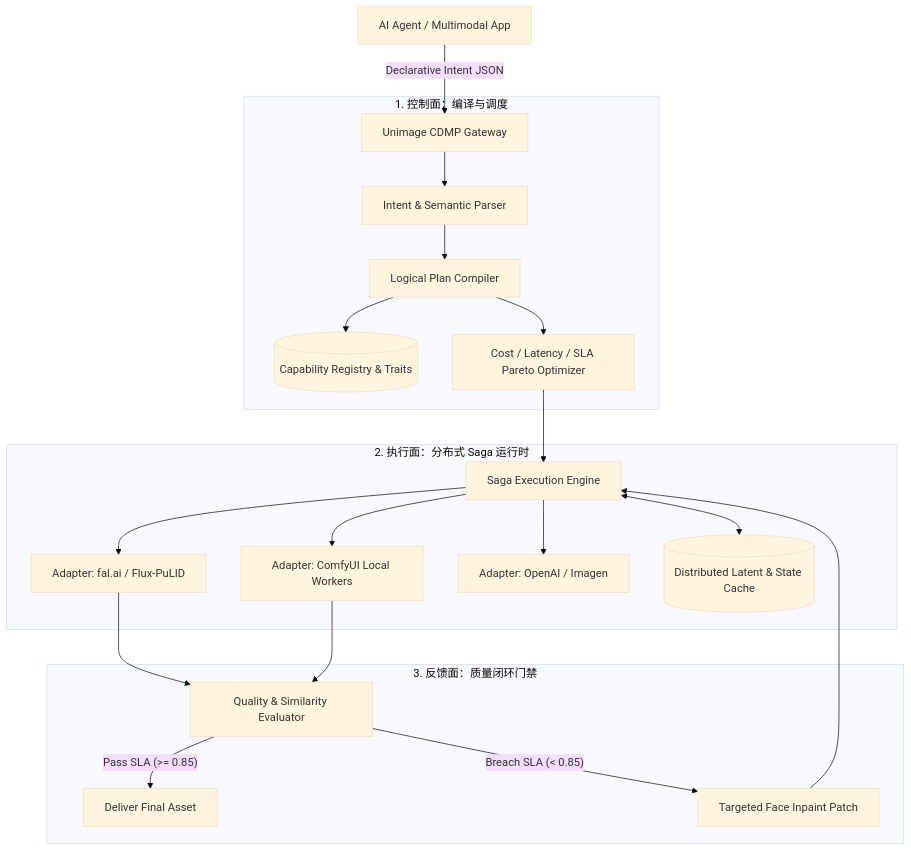
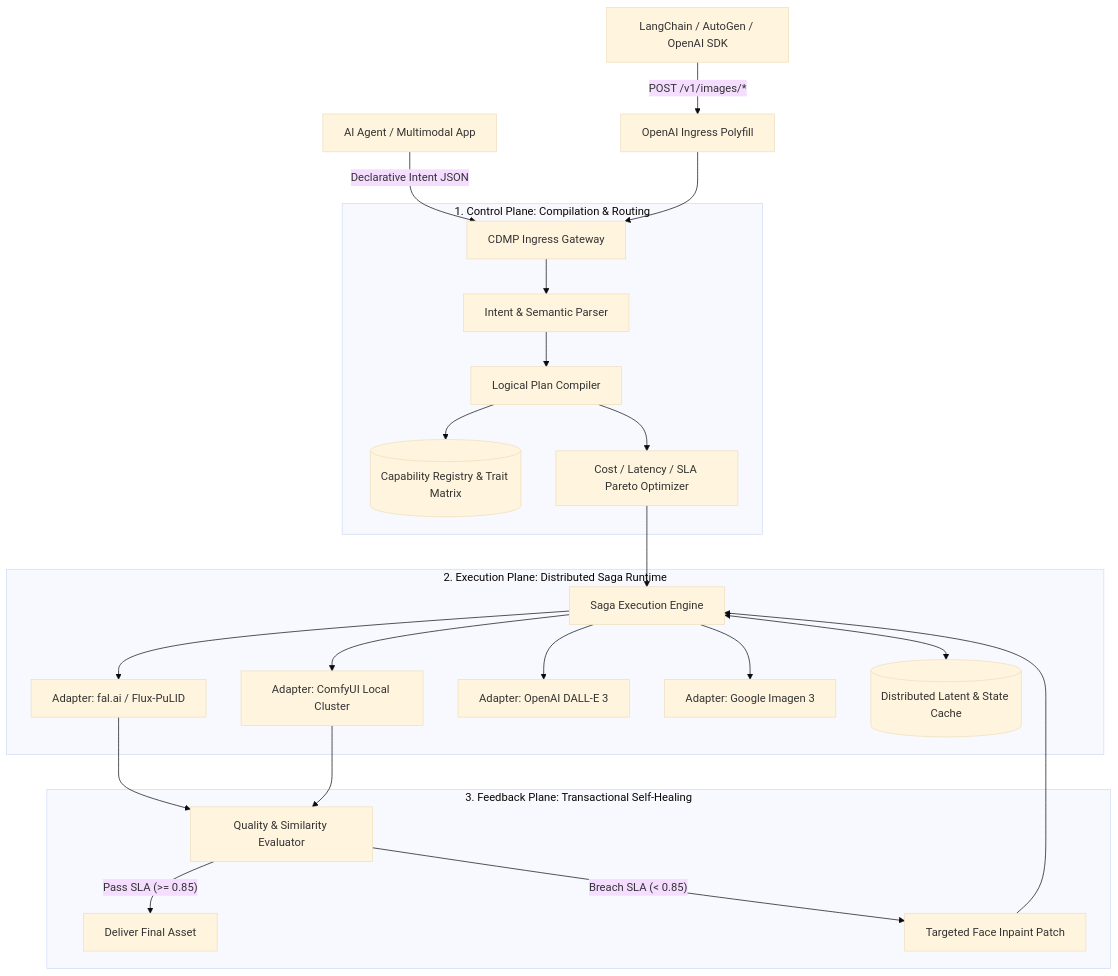
Before and after one commit to LoliLin/Unimage: the diagram in README.md, drawn with Mermaid (base theme). The commit also changed other lines of this file, not shown here.

Commit message:
docs: enrich README with comprehensive architecture, benchmarks, and quickstart

````diff
--- a/README.md
+++ b/README.md
@@ -26,27 +60,30 @@
 ```mermaid
 flowchart TD
-    Agent[AI Agent / Multimodal App] -->|Declarative Intent JSON| Gateway[Unimage CDMP Gateway]
-    
-    subgraph ControlPlane [1. 控制面：编译与调度]
+    Client[AI Agent / Multimodal App] -->|Declarative Intent JSON| Gateway[CDMP Ingress Gateway]
+    OpenAIClient[LangChain / AutoGen / OpenAI SDK] -->|POST /v1/images/*| Polyfill[OpenAI Ingress Polyfill]
+    Polyfill --> Gateway
+
+    subgraph ControlPlane [1. Control Plane: Compilation & Routing]
         Gateway --> IntentParser[Intent & Semantic Parser]
         IntentParser --> LogicalPlanner[Logical Plan Compiler]
-        LogicalPlanner --> CapMatrix[(Capability Registry & Traits)]
+        LogicalPlanner --> CapMatrix[(Capability Registry & Trait Matrix)]
         LogicalPlanner --> PhysicalOptimizer[Cost / Latency / SLA Pareto Optimizer]
     end
 
-    subgraph ExecutionPlane [2. 执行面：分布式 Saga 运行时]
+    subgraph ExecutionPlane [2. Execution Plane: Distributed Saga Runtime]
         PhysicalOptimizer --> SagaEngine[Saga Execution Engine]
         SagaEngine --> AdapterFal[Adapter: fal.ai / Flux-PuLID]
-        SagaEngine --> AdapterComfy[Adapter: ComfyUI Local Workers]
-        SagaEngine --> AdapterOpenAI[Adapter: OpenAI / Imagen]
+        SagaEngine --> AdapterComfy[Adapter: ComfyUI Local Cluster]
+        SagaEngine --> AdapterOpenAI[Adapter: OpenAI DALL-E 3]
+        SagaEngine --> AdapterGemini[Adapter: Google Imagen 3]
         
         SagaEngine <--> StateStore[(Distributed Latent & State Cache)]
     end
 
-    subgraph CompensationPlane [3. 反馈面：质量闭环门禁]
+    subgraph CompensationPlane [3. Feedback Plane: Transactional Self-Healing]
         AdapterFal & AdapterComfy --> QualityGate[Quality & Similarity Evaluator]
         QualityGate -- "Pass SLA (>= 0.85)" --> Deliver[Deliver Final Asset]
         QualityGate -- "Breach SLA (< 0.85)" --> SagaPatch[Targeted Face Inpaint Patch]
         SagaPatch --> SagaEngine
     end
 ```
````
